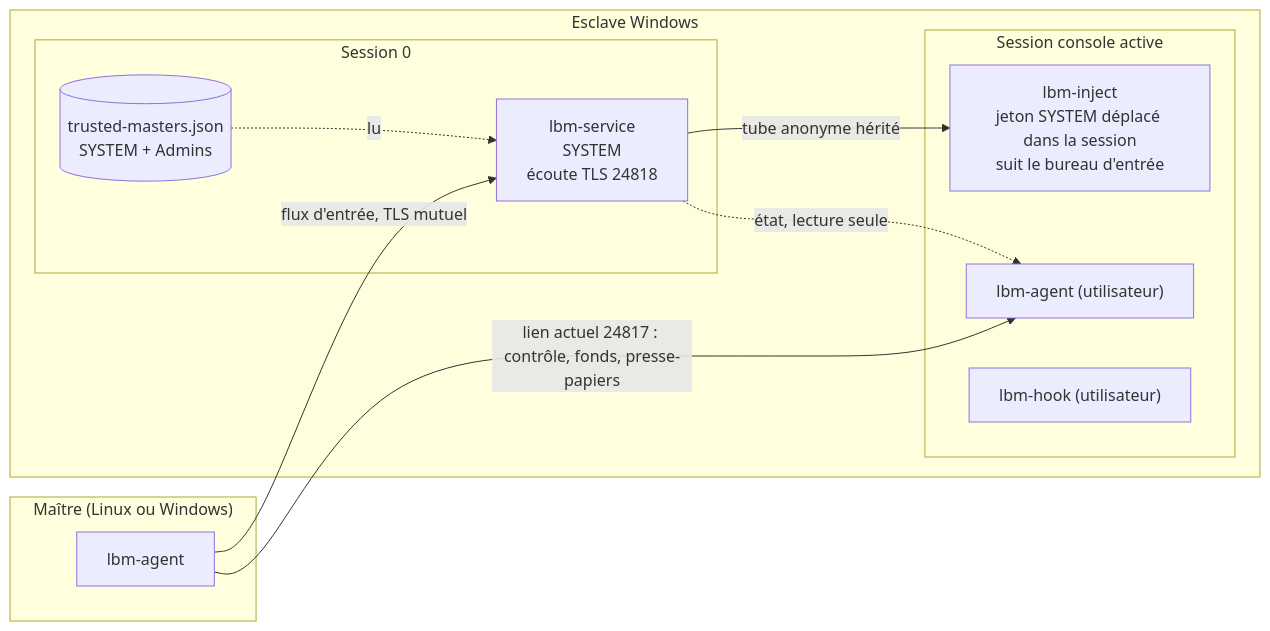
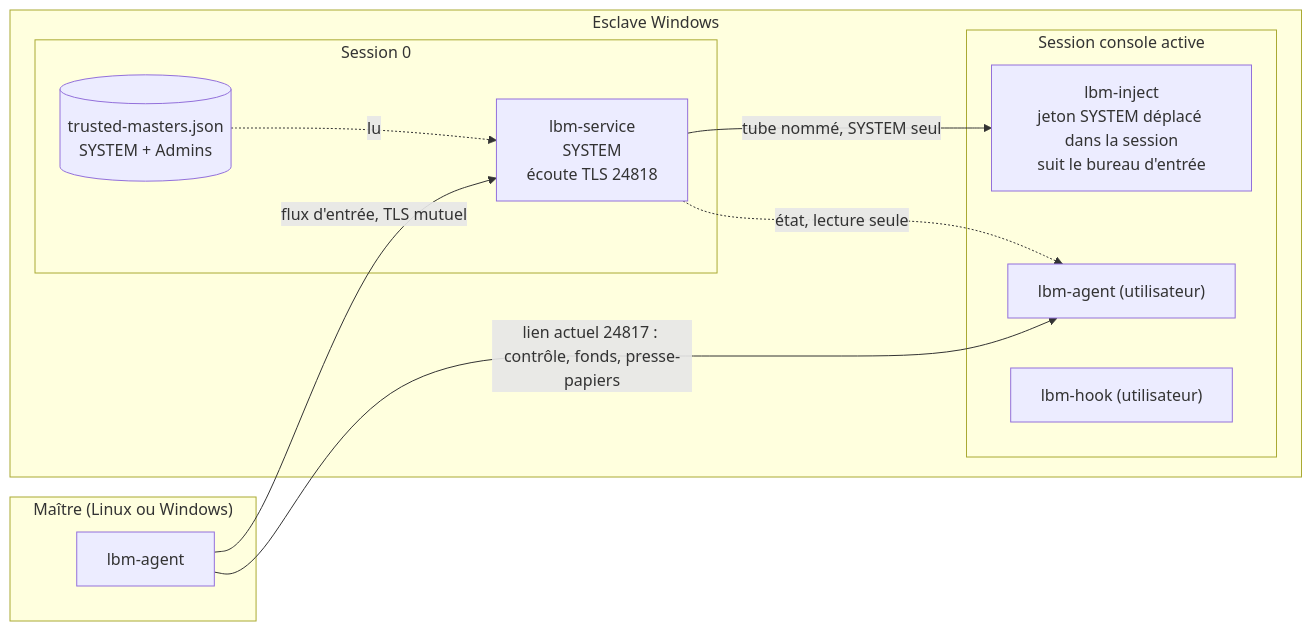
The diagram in docs/multi-pc-service-windows.md (mgth/LittleBigMouse), drawn with Mermaid before and after one commit. The commit also changed other lines of this file, not shown here.

````diff
--- a/docs/multi-pc-service-windows.md
+++ b/docs/multi-pc-service-windows.md
@@ -96,22 +105,22 @@
 ```mermaid
 flowchart LR
   subgraph M["Maître (Linux ou Windows)"]
     MA["lbm-agent"]
   end
   subgraph S["Esclave Windows"]
     subgraph S0["Session 0"]
       SVC["lbm-service<br/>SYSTEM<br/>écoute TLS 24818"]
       TM[("trusted-masters.json<br/>SYSTEM + Admins")]
     end
     subgraph S1["Session console active"]
       INJ["lbm-inject<br/>jeton SYSTEM déplacé dans la session<br/>suit le bureau d'entrée"]
       SA["lbm-agent (utilisateur)"]
       SH["lbm-hook (utilisateur)"]
     end
   end
   MA -- "lien actuel 24817 : contrôle, fonds, presse-papiers" --> SA
   MA -- "flux d'entrée, TLS mutuel" --> SVC
   TM -. lu .-> SVC
-  SVC -- "tube anonyme hérité" --> INJ
+  SVC -- "tube nommé, SYSTEM seul" --> INJ
   SVC -. "état, lecture seule" .-> SA
 ```
````
